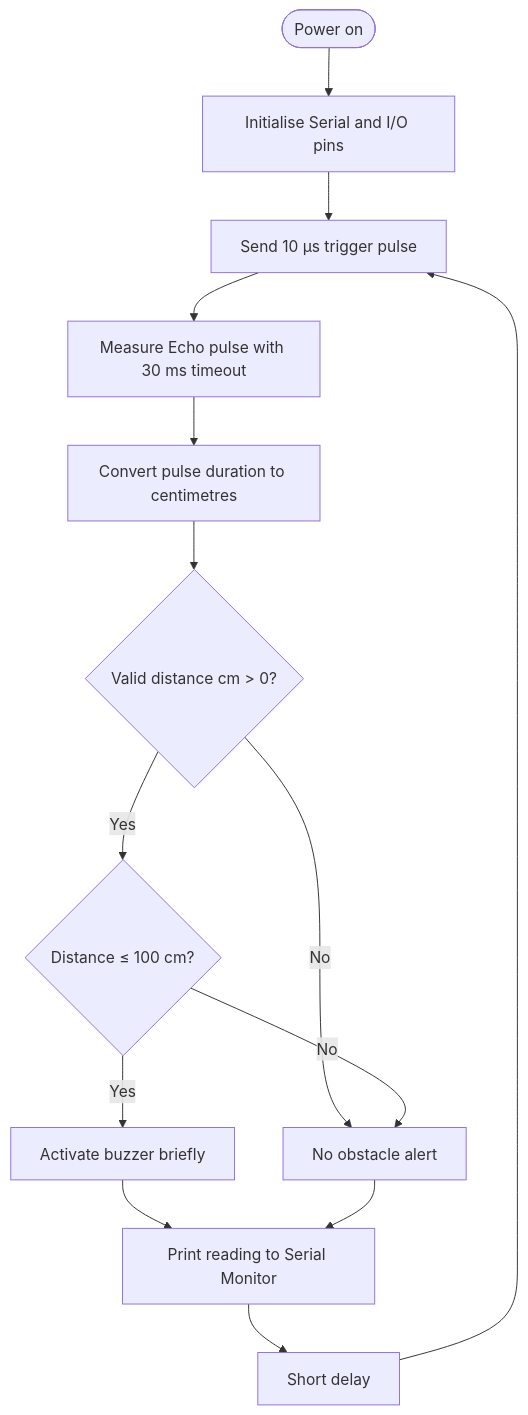
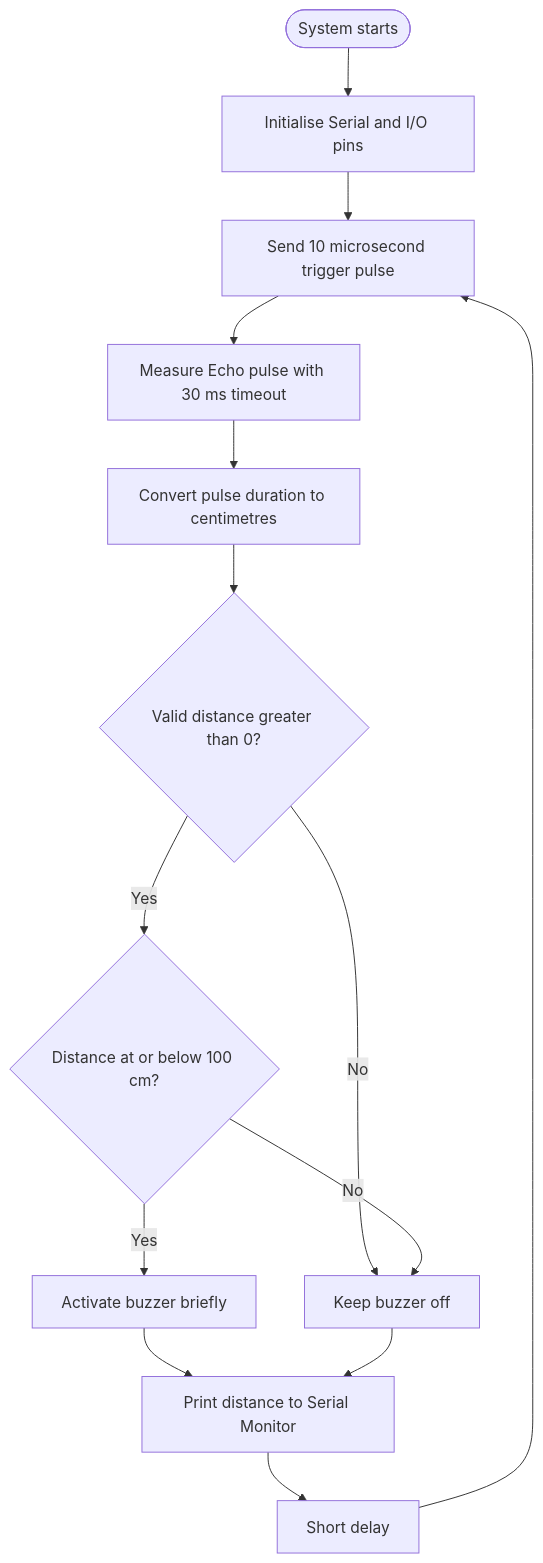
Before and after one commit to Supriyo016/Arduino-Uno-Third-Hand-Eye-Project-for-Visually-Impaired-Individuals: the diagram in README.md, drawn with Mermaid. The commit also changed other lines of this file, not shown here.

````diff
--- a/README.md
+++ b/README.md
@@ -139,16 +94,16 @@
 ```mermaid
 flowchart TD
-    A([Power on]) --> B[Initialise Serial and I/O pins]
-    B --> C[Send 10 µs trigger pulse]
+    A([System starts]) --> B[Initialise Serial and I/O pins]
+    B --> C[Send 10 microsecond trigger pulse]
     C --> D[Measure Echo pulse with 30 ms timeout]
     D --> E[Convert pulse duration to centimetres]
-    E --> F{Valid distance cm > 0?}
-    F -- No --> G[No obstacle alert]
-    F -- Yes --> H{Distance ≤ 100 cm?}
+    E --> F{Valid distance greater than 0?}
+    F -- No --> G[Keep buzzer off]
+    F -- Yes --> H{Distance at or below 100 cm?}
     H -- Yes --> I[Activate buzzer briefly]
     H -- No --> G
-    I --> J[Print reading to Serial Monitor]
+    I --> J[Print distance to Serial Monitor]
     G --> J
     J --> K[Short delay]
     K --> C
 ```
````
